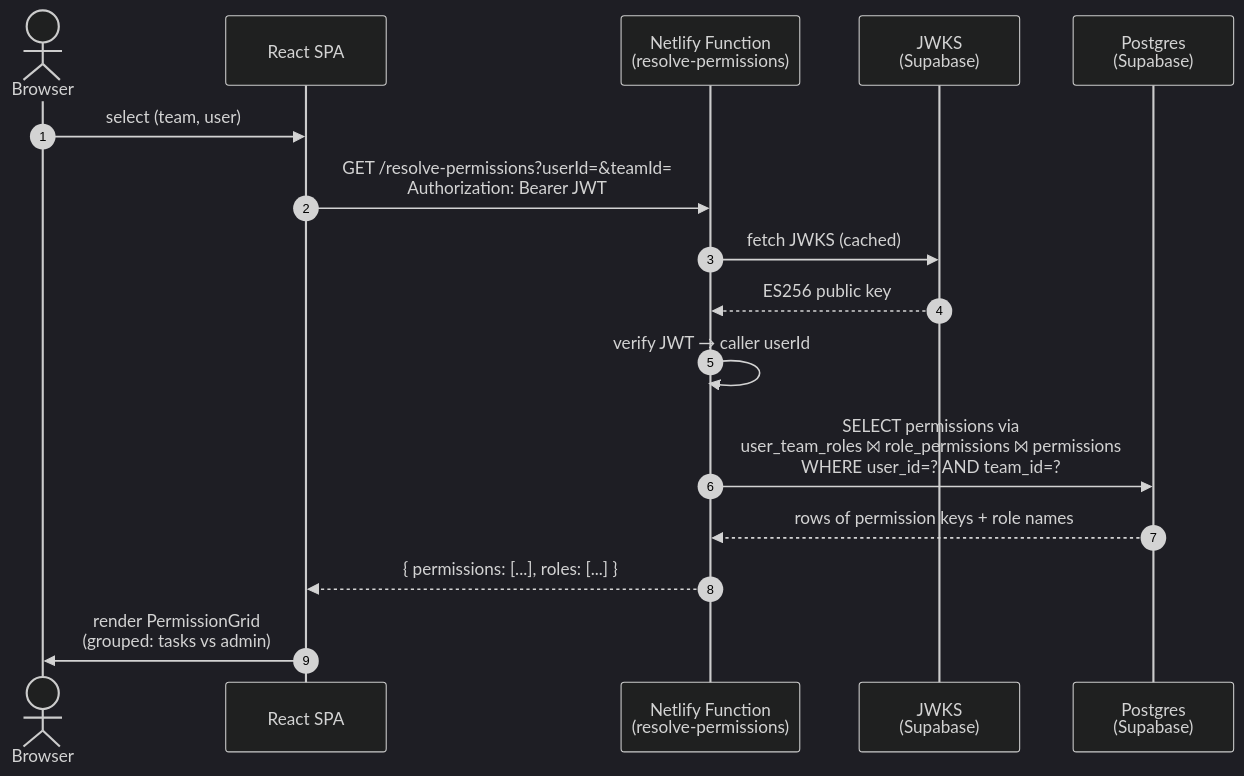
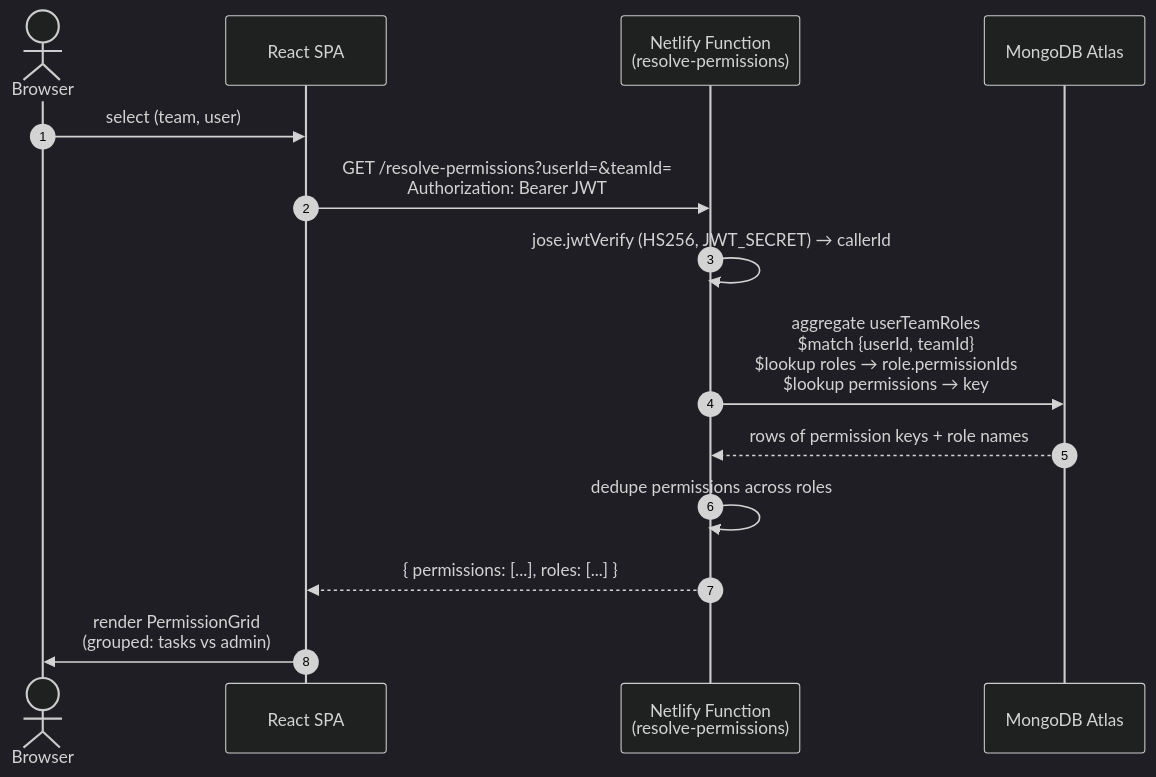
The second of 3 diagrams in README.md (Twist-Turn/tech-Assessment), drawn with Mermaid (dark theme) before and after one commit. The commit also changed other lines of this file and 32 other files, not shown here.

Commit message:
db migration from supabase to mongo

````diff
--- a/README.md
+++ b/README.md
@@ -143,19 +139,17 @@
 ```mermaid
 sequenceDiagram
     autonumber
     actor Browser
     participant SPA as React SPA
     participant Fn as Netlify Function<br/>(resolve-permissions)
-    participant Auth as JWKS<br/>(Supabase)
-    participant DB as Postgres<br/>(Supabase)
+    participant DB as MongoDB Atlas
 
     Browser->>SPA: select (team, user)
     SPA->>Fn: GET /resolve-permissions?userId=&teamId=<br/>Authorization: Bearer JWT
-    Fn->>Auth: fetch JWKS (cached)
-    Auth-->>Fn: ES256 public key
-    Fn->>Fn: verify JWT → caller userId
-    Fn->>DB: SELECT permissions via<br/>user_team_roles ⨝ role_permissions ⨝ permissions<br/>WHERE user_id=? AND team_id=?
+    Fn->>Fn: jose.jwtVerify (HS256, JWT_SECRET) → callerId
+    Fn->>DB: aggregate userTeamRoles<br/>$match {userId, teamId}<br/>$lookup roles → role.permissionIds<br/>$lookup permissions → key
     DB-->>Fn: rows of permission keys + role names
+    Fn->>Fn: dedupe permissions across roles
     Fn-->>SPA: { permissions: [...], roles: [...] }
     SPA->>Browser: render PermissionGrid<br/>(grouped: tasks vs admin)
 ```
````
